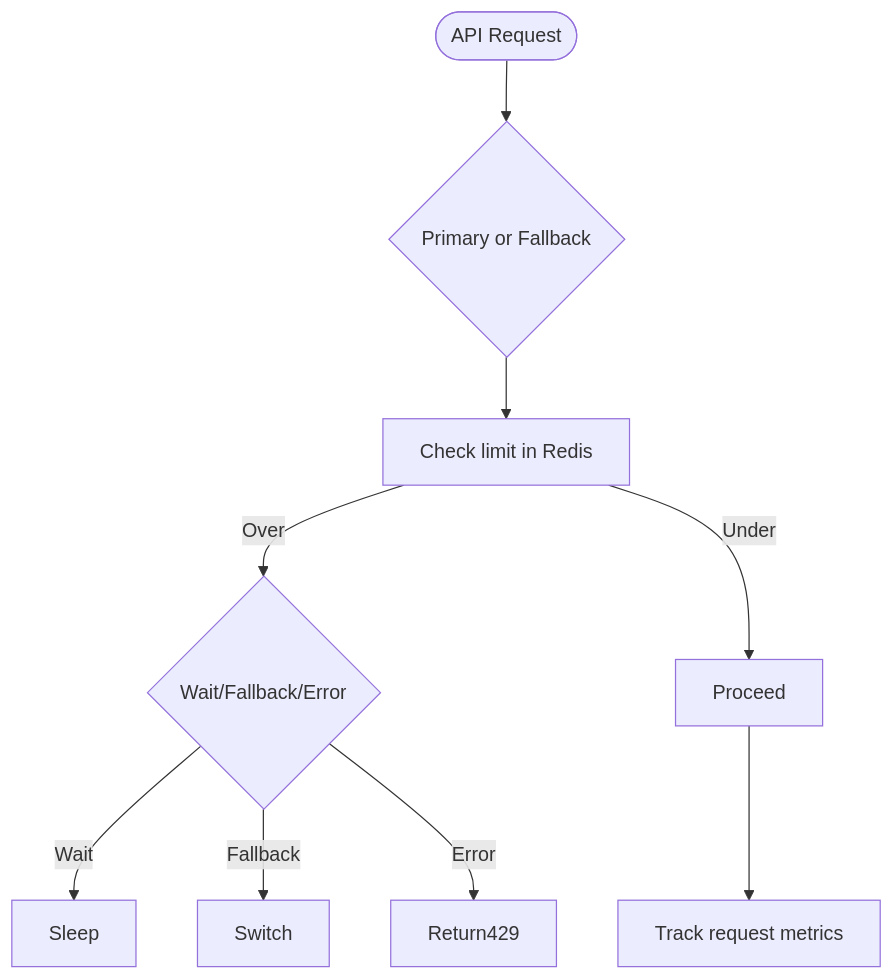
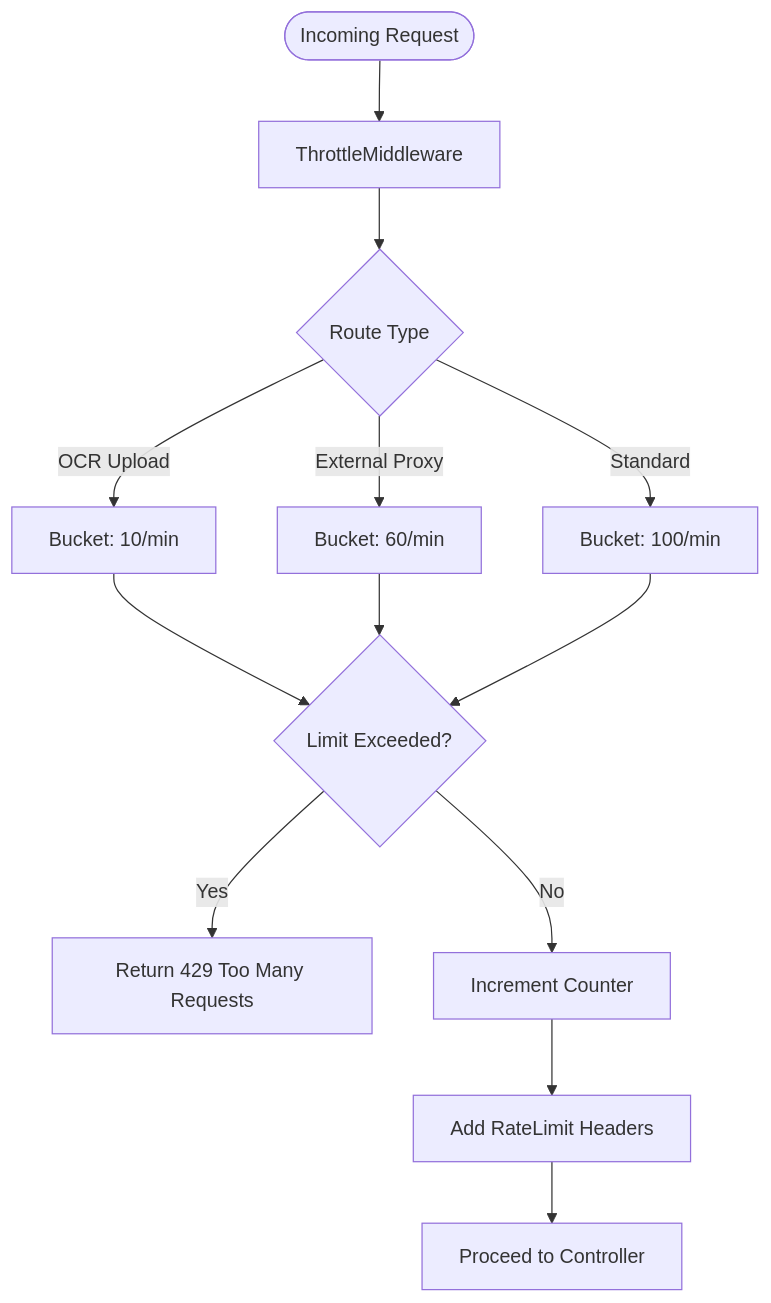
One commit to exatfrds67/umamusume-career-planner changed the fourth of 6 diagrams in docs/01-flows/FLOW-007_External_Integration_System.md. Above: the diagram before and after it, drawn with Mermaid. The commit also changed other lines of this file and 67 other files, not shown here.

````diff
--- a/docs/01-flows/FLOW-007_External_Integration_System.md
+++ b/docs/01-flows/FLOW-007_External_Integration_System.md
@@ -73,11 +137,20 @@
 ```mermaid
 flowchart TD
-    Start([API Request]) --> IdentifyAPI{Primary or Fallback}
-    IdentifyAPI --> CheckLimit[Check limit in Redis]
-    CheckLimit -->|Over| Strategy{Wait/Fallback/Error}
-    Strategy -->|Wait| Sleep
-    Strategy -->|Fallback| Switch
-    Strategy -->|Error| Return429
-    CheckLimit -->|Under| Proceed
-    Proceed --> Track[Track request metrics]
+    Start([Incoming Request]) --> Middleware[ThrottleMiddleware]
+    
+    Middleware --> IdentifyRoute{Route Type}
+    
+    IdentifyRoute -->|OCR Upload| BucketOCR[Bucket: 10/min]
+    IdentifyRoute -->|External Proxy| BucketAPI[Bucket: 60/min]
+    IdentifyRoute -->|Standard| BucketGlobal[Bucket: 100/min]
+    
+    BucketOCR --> CheckLimit{Limit Exceeded?}
+    BucketAPI --> CheckLimit
+    BucketGlobal --> CheckLimit
+    
+    CheckLimit -->|Yes| Return429[Return 429 Too Many Requests]
+    
+    CheckLimit -->|No| Increment[Increment Counter]
+    Increment --> AddHeaders[Add RateLimit Headers]
+    AddHeaders --> Proceed[Proceed to Controller]
 ```
````
